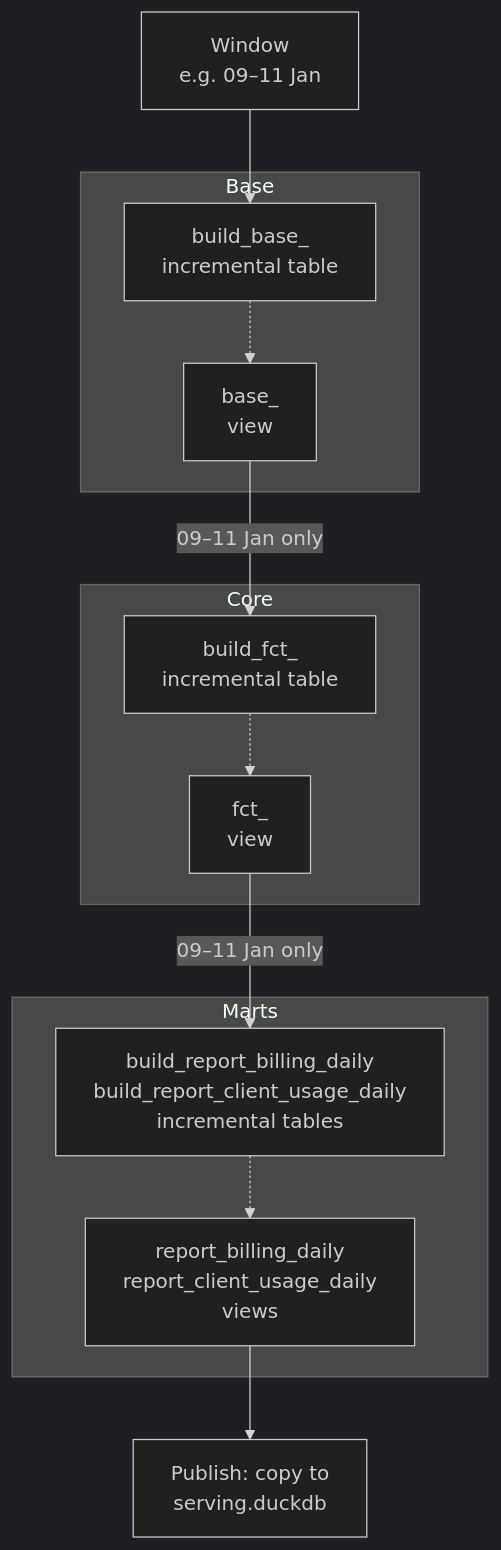
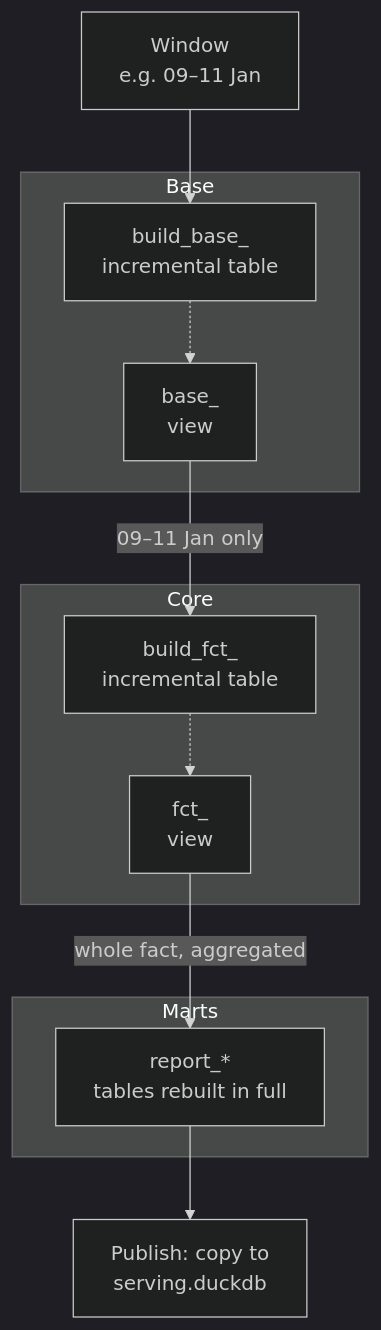
One commit to emilianodelia/upcloud-data-engineering-hometask changed the second of 2 diagrams in PLANNING.md. Above: the diagram before and after it, drawn with Mermaid (dark theme). The commit also changed other lines of this file and 36 other files, not shown here.

````diff
--- a/PLANNING.md
+++ b/PLANNING.md
@@ -132,16 +132,16 @@
 ```mermaid
 flowchart TD
     W["Window<br/>e.g. 09–11 Jan"] --> B
     subgraph base ["Base"]
         B["build_base_<br/>incremental table"] -.-> BV["base_ <br/>view"]
     end
     subgraph core ["Core"]
         C["build_fct_<br/>incremental table"] -.-> CV["fct_<br/>view"]
     end
     subgraph marts ["Marts"]
-        M["build_report_billing_daily<br/>build_report_client_usage_daily<br/>incremental tables"] -.-> MV["report_billing_daily<br/>report_client_usage_daily<br/>views"]
+        M["report_*<br/>tables rebuilt in full"]
     end
     BV -- "09–11 Jan only" --> C
-    CV -- "09–11 Jan only" --> M
-    MV --> P["Publish: copy to<br/>serving.duckdb"]
+    CV -- "whole fact, aggregated" --> M
+    M --> P["Publish: copy to<br/>serving.duckdb"]
 ```
````
